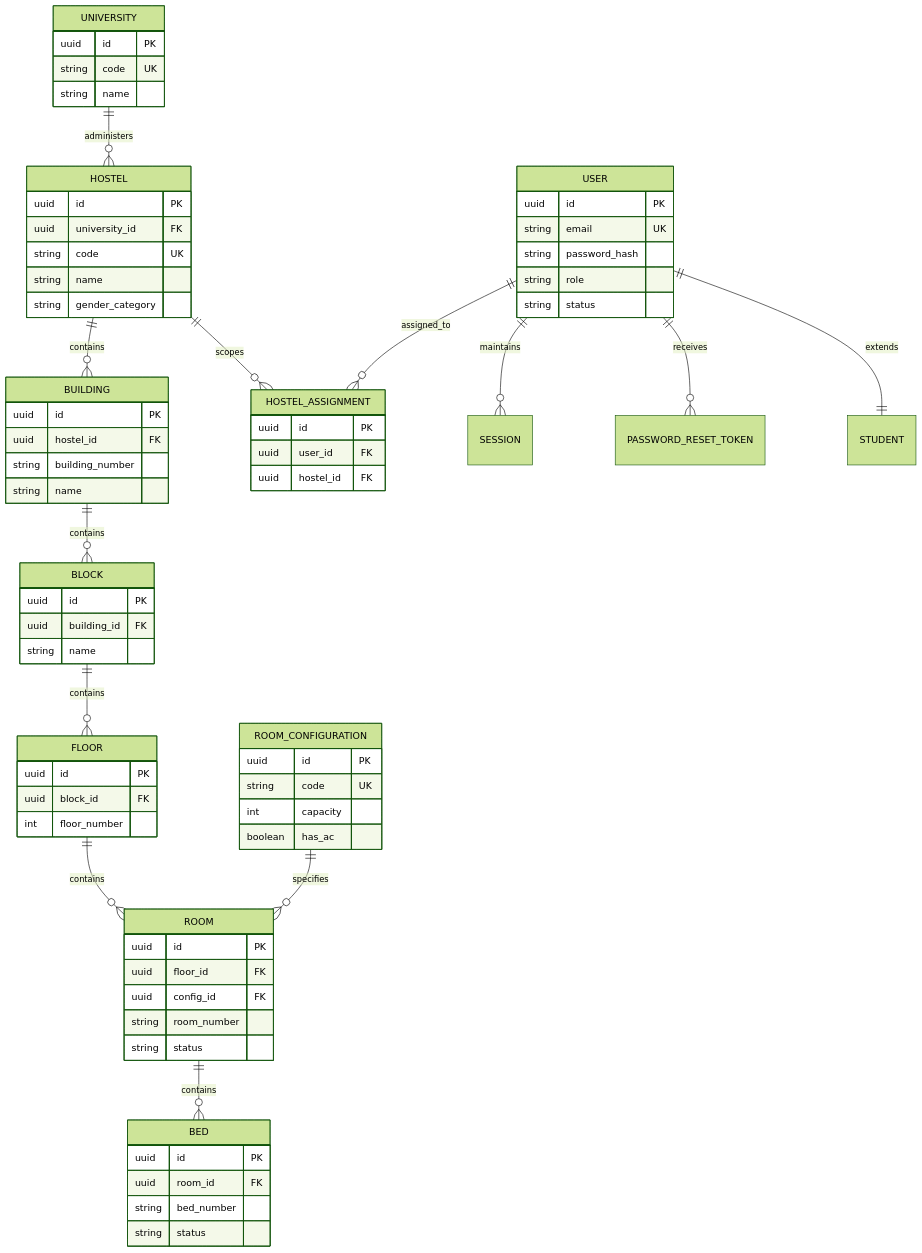
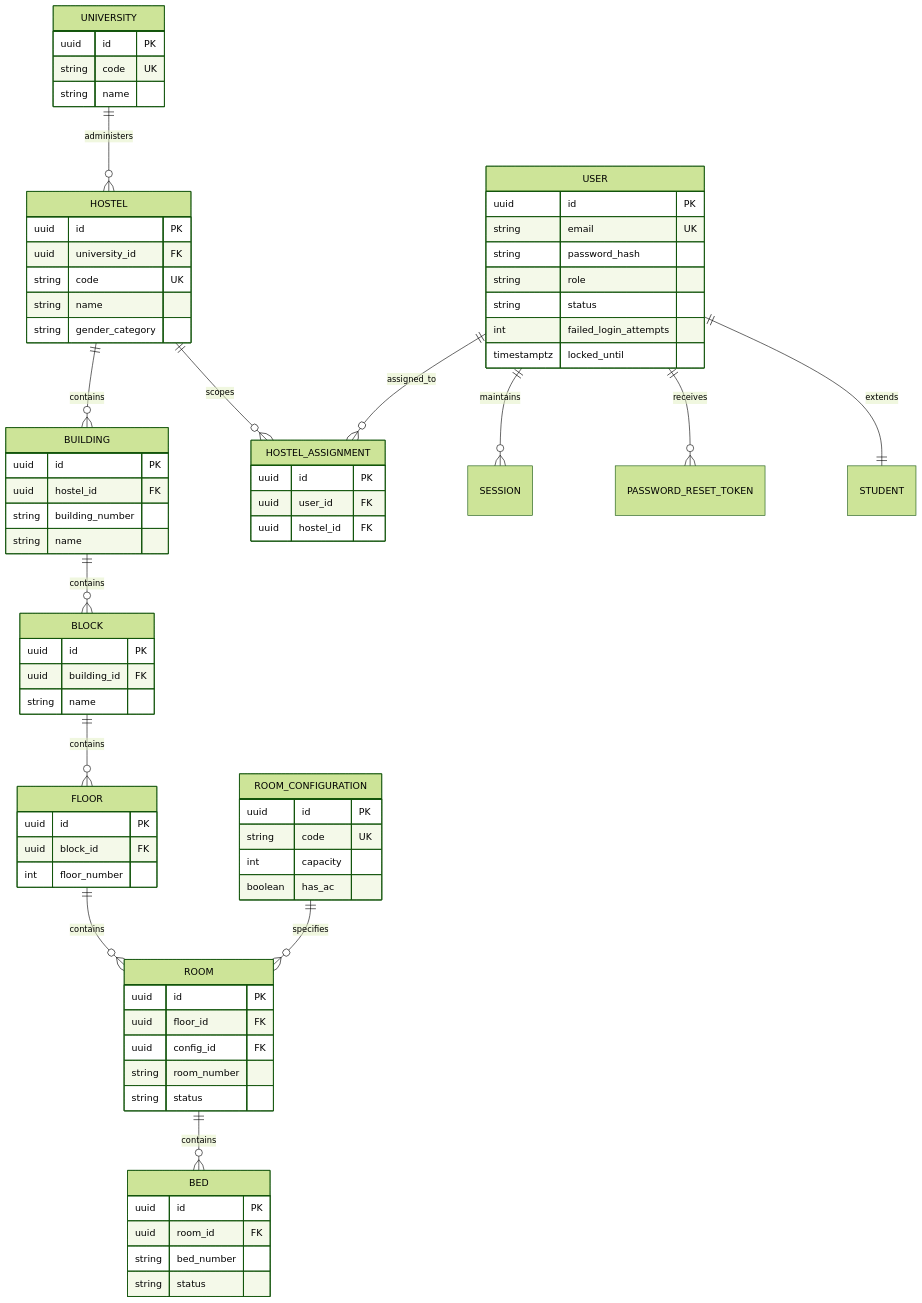
One commit to Sayam09das/Nestora changed the first of 6 diagrams in docs/07-database-design.md. Above: the diagram before and after it, drawn with Mermaid (forest theme). The commit also changed other lines of this file and 6 other files, not shown here.

Commit message:
docs: resolve audit inconsistencies and add monorepo architecture specification

````diff
--- a/docs/07-database-design.md
+++ b/docs/07-database-design.md
@@ -1018,76 +1023,78 @@
 ```mermaid
 erDiagram
   UNIVERSITY ||--o{ HOSTEL : "administers"
   HOSTEL ||--o{ BUILDING : "contains"
   BUILDING ||--o{ BLOCK : "contains"
   BLOCK ||--o{ FLOOR : "contains"
   FLOOR ||--o{ ROOM : "contains"
   ROOM_CONFIGURATION ||--o{ ROOM : "specifies"
   ROOM ||--o{ BED : "contains"
 
   USER ||--o{ HOSTEL_ASSIGNMENT : "assigned_to"
   HOSTEL ||--o{ HOSTEL_ASSIGNMENT : "scopes"
   USER ||--o{ SESSION : "maintains"
   USER ||--o{ PASSWORD_RESET_TOKEN : "receives"
   USER ||--|| STUDENT : "extends"
 
   UNIVERSITY {
     uuid id PK
     string code UK
     string name
   }
   HOSTEL {
     uuid id PK
     uuid university_id FK
     string code UK
     string name
     string gender_category
   }
   BUILDING {
     uuid id PK
     uuid hostel_id FK
     string building_number
     string name
   }
   BLOCK {
     uuid id PK
     uuid building_id FK
     string name
   }
   FLOOR {
     uuid id PK
     uuid block_id FK
     int floor_number
   }
   ROOM_CONFIGURATION {
     uuid id PK
     string code UK
     int capacity
     boolean has_ac
   }
   ROOM {
     uuid id PK
     uuid floor_id FK
     uuid config_id FK
     string room_number
     string status
   }
   BED {
     uuid id PK
     uuid room_id FK
     string bed_number
     string status
   }
   USER {
     uuid id PK
     string email UK
     string password_hash
     string role
     string status
+    int failed_login_attempts
+    timestamptz locked_until
   }
   HOSTEL_ASSIGNMENT {
     uuid id PK
     uuid user_id FK
     uuid hostel_id FK
   }
 ```
````
